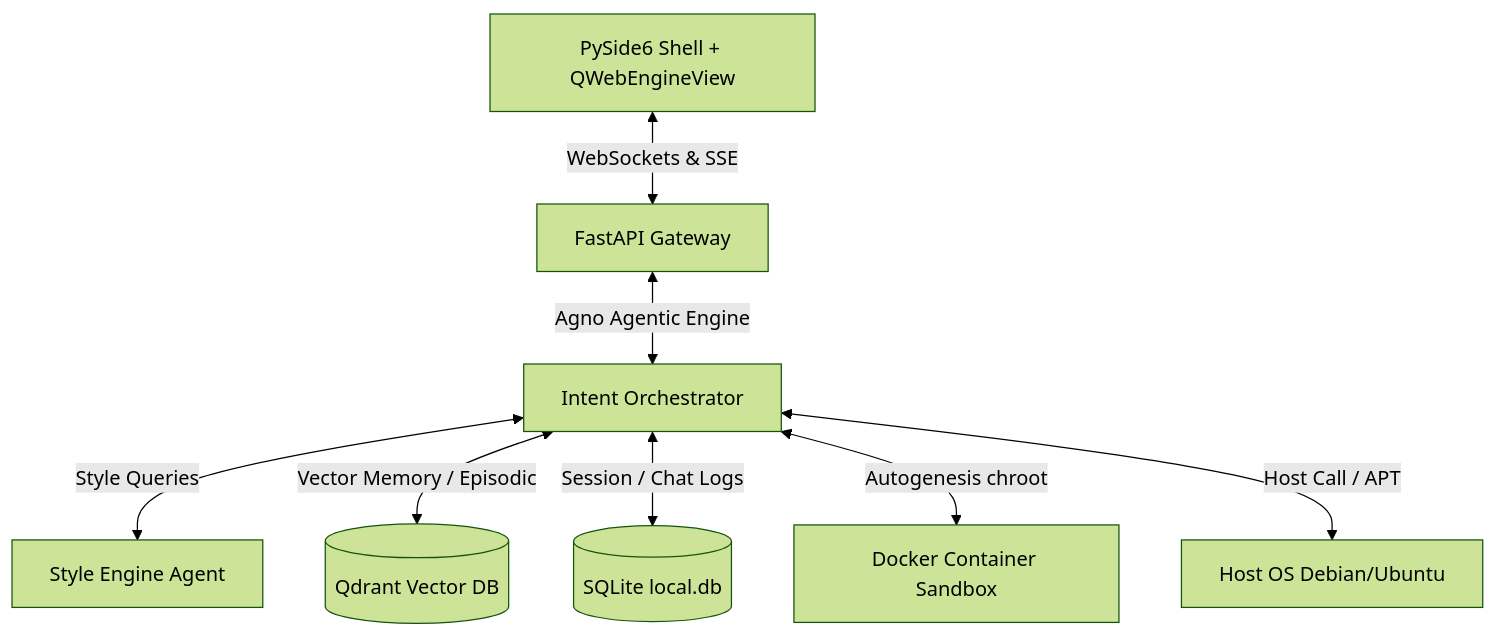
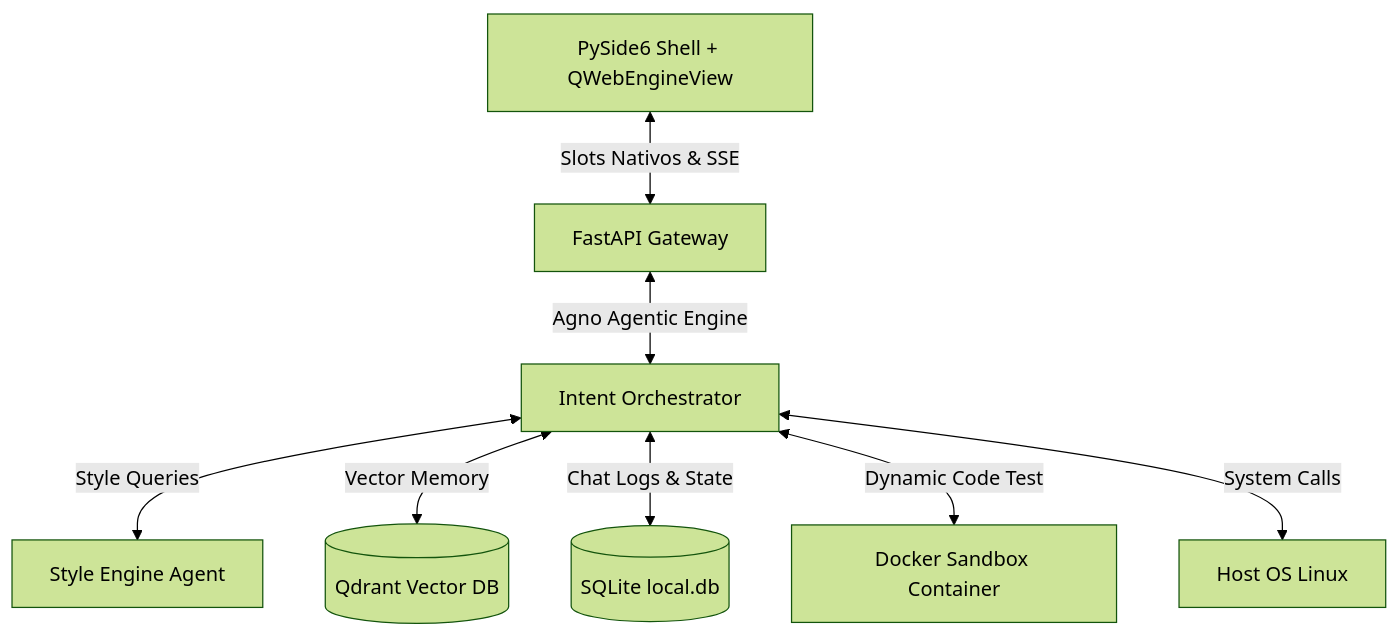
Before and after one commit to davidzeus/agnux: the second of 2 diagrams in README.md, drawn with Mermaid (forest theme). The commit also changed other lines of this file, not shown here.

Commit message:
docs: rewrite README with details, dynamic tools, and donations

````diff
--- a/README.md
+++ b/README.md
@@ -94,10 +125,10 @@
 ```mermaid
 graph TD
-    UI[PySide6 Shell + QWebEngineView] <-->|WebSockets & SSE| Backend[FastAPI Gateway]
+    UI[PySide6 Shell + QWebEngineView] <-->|Slots Nativos & SSE| Backend[FastAPI Gateway]
     Backend <-->|Agno Agentic Engine| Orchestrator[Intent Orchestrator]
     Orchestrator <-->|Style Queries| StyleEngine[Style Engine Agent]
-    Orchestrator <-->|Vector Memory / Episodic| Qdrant[(Qdrant Vector DB)]
-    Orchestrator <-->|Session / Chat Logs| SQLite[(SQLite local.db)]
-    Orchestrator <-->|Autogenesis chroot| Sandbox[Docker Container Sandbox]
-    Orchestrator <-->|Host Call / APT| HostOS[Host OS Debian/Ubuntu]
+    Orchestrator <-->|Vector Memory| Qdrant[(Qdrant Vector DB)]
+    Orchestrator <-->|Chat Logs & State| SQLite[(SQLite local.db)]
+    Orchestrator <-->|Dynamic Code Test| Sandbox[Docker Sandbox Container]
+    Orchestrator <-->|System Calls| HostOS[Host OS Linux]
 ```
````
